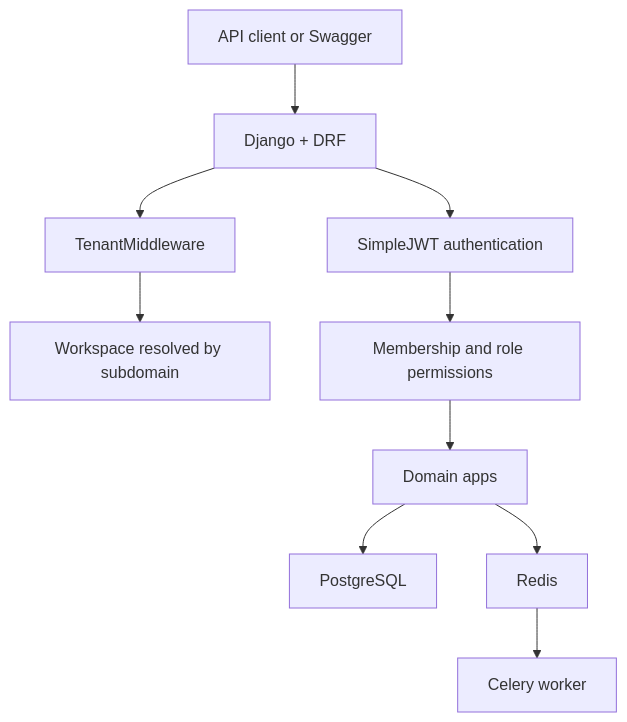
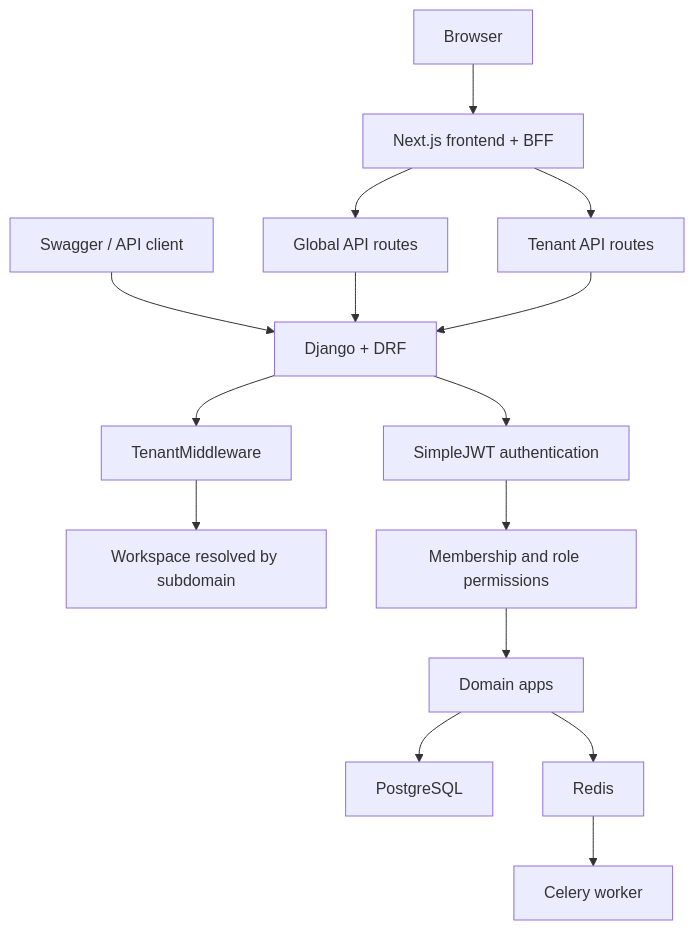
One commit to bilalzulfiqar-pk/multi-tenant-warehouse-management-saas changed the first of 4 diagrams in docs/architecture-summary.md. Above: the diagram before and after it, drawn with Mermaid. The commit also changed other lines of this file and 3 other files, not shown here.

````diff
--- a/docs/architecture-summary.md
+++ b/docs/architecture-summary.md
@@ -9,12 +9,17 @@
 ```mermaid
 flowchart TB
-    Client["API client or Swagger"] --> Django["Django + DRF"]
+    Browser["Browser"] --> Next["Next.js frontend + BFF"]
+    Swagger["Swagger / API client"] --> Django["Django + DRF"]
+    Next --> Global["Global API routes"]
+    Next --> TenantApi["Tenant API routes"]
+    Global --> Django
+    TenantApi --> Django
     Django --> Auth["SimpleJWT authentication"]
     Django --> Tenant["TenantMiddleware"]
     Tenant --> Workspace["Workspace resolved by subdomain"]
     Auth --> Permissions["Membership and role permissions"]
     Permissions --> Apps["Domain apps"]
     Apps --> Postgres["PostgreSQL"]
     Apps --> Redis["Redis"]
     Redis --> Celery["Celery worker"]
 ```
````
